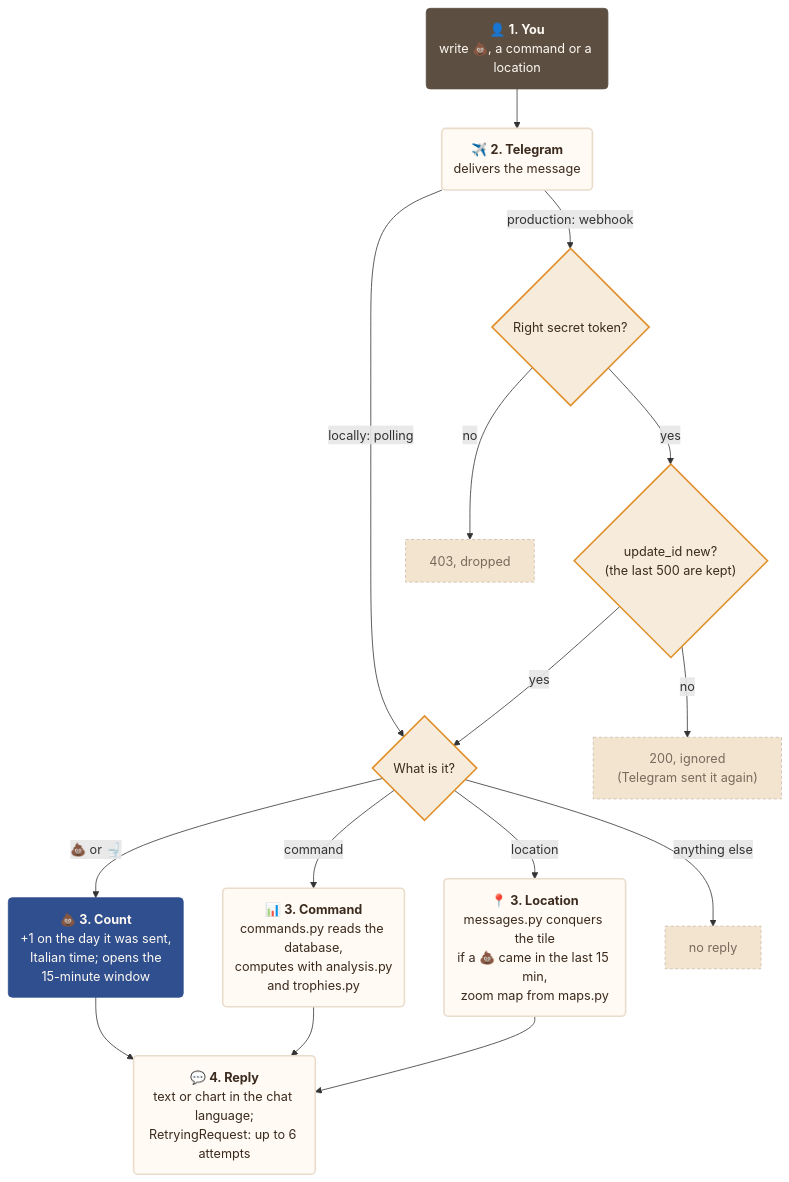
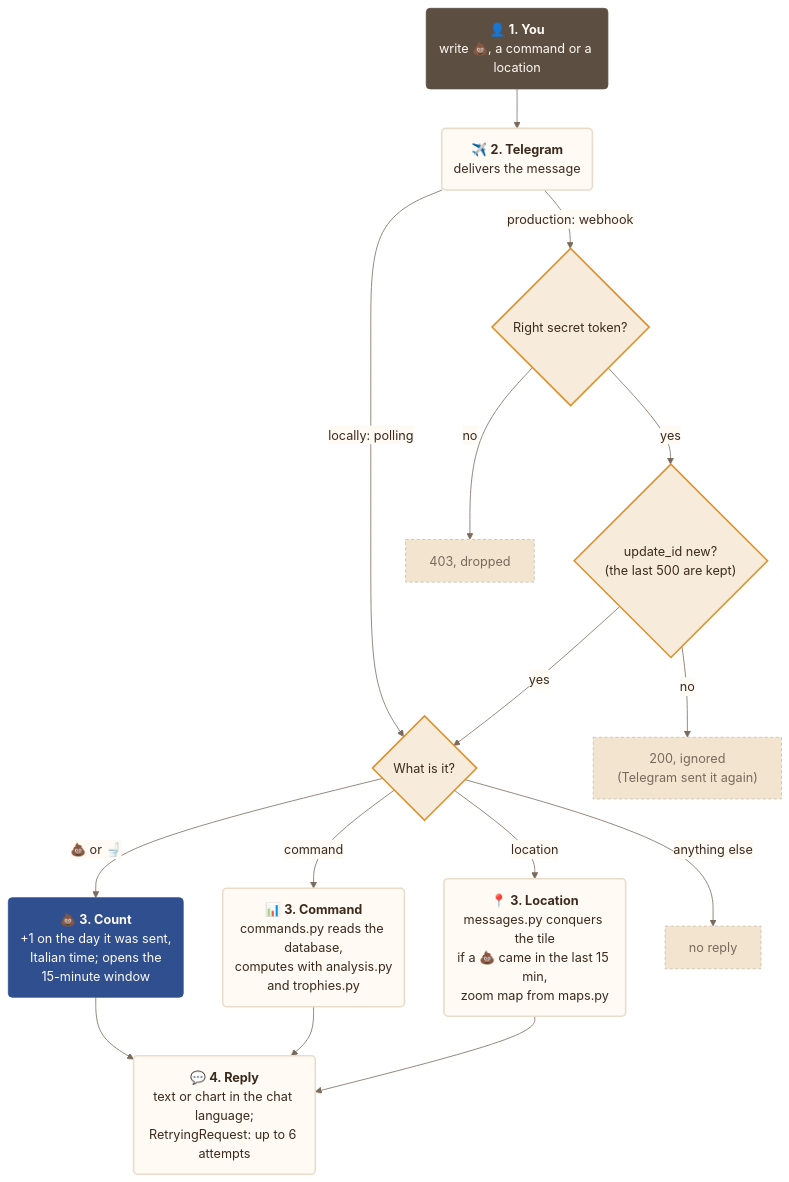
The second of 6 diagrams in docs/architecture.md (francescoperrino/Caccometro), drawn with Mermaid before and after one commit. The commit also changed other lines of this file and 14 other files, not shown here.

Commit message:
Give every Mermaid diagram one style from tools/mermaid_style.py, with a title and a description (#204)

````diff
--- a/docs/architecture.md
+++ b/docs/architecture.md
@@ -140,41 +171,72 @@
 ```mermaid
+---
+config:
+  theme: base
+  themeVariables:
+    fontFamily: "Nunito, Segoe UI, Roboto, sans-serif"
+    primaryColor: "#fffaf3"
+    primaryTextColor: "#3b2a1e"
+    primaryBorderColor: "#eadccb"
+    secondaryColor: "#f7ecdc"
+    tertiaryColor: "#f3e4d0"
+    lineColor: "#7a6a5c"
+    textColor: "#3b2a1e"
+    edgeLabelBackground: "#fffaf3"
+    clusterBkg: "#f3e4d0"
+    clusterBorder: "#cbbca9"
+    titleColor: "#5c4f42"
+    noteBkgColor: "#f7ecdc"
+    noteTextColor: "#3b2a1e"
+    actorBkg: "#fffaf3"
+    actorBorder: "#5c4f42"
+    actorTextColor: "#3b2a1e"
+    signalColor: "#7a6a5c"
+    signalTextColor: "#3b2a1e"
+    labelBoxBkgColor: "#f3e4d0"
+    loopTextColor: "#3b2a1e"
+    sequenceNumberColor: "#fffaf3"
+    xyChart:
+      plotColorPalette: "#2f4f8f"
+---
 flowchart TD
+    accTitle: Path of a message
+    accDescr: From Telegram to the reply, secret token, duplicate check, then a count, a command or a location
     you("👤 <b>1. You</b><br/>write 💩, a command or a location")
     tg("✈️ <b>2. Telegram</b><br/>delivers the message")
     secret{"Right secret token?"}
     seen{"update_id new?<br/>(the last 500 are kept)"}
     kind{"What is it?"}
     poop("💩 <b>3. Count</b><br/>+1 on the day it was sent,<br/>Italian time; opens the<br/>15-minute window")
     cmd("📊 <b>3. Command</b><br/>commands.py reads the database,<br/>computes with analysis.py<br/>and trophies.py")
     loc("📍 <b>3. Location</b><br/>messages.py conquers the tile<br/>if a 💩 came in the last 15 min,<br/>zoom map from maps.py")
     reply("💬 <b>4. Reply</b><br/>text or chart in the chat language;<br/>RetryingRequest: up to 6 attempts")
     r403["403, dropped"]
     r200["200, ignored<br/>(Telegram sent it again)"]
     silent["no reply"]
     you --> tg
     tg -->|"production: webhook"| secret
     tg -->|"locally: polling"| kind
     secret -->|"no"| r403
     secret -->|"yes"| seen
     seen -->|"no"| r200
     seen -->|"yes"| kind
     kind -->|"💩 or 🚽"| poop
     kind -->|"command"| cmd
     kind -->|"location"| loc
     kind -->|"anything else"| silent
     poop --> reply
     cmd --> reply
     loc --> reply
     classDef step fill:#fffaf3,stroke:#eadccb,stroke-width:2px,color:#3b2a1e
     classDef main fill:#2f4f8f,stroke:#2f4f8f,color:#fffaf3
     classDef person fill:#5c4f42,stroke:#5c4f42,color:#fffaf3
     classDef check fill:#f7ecdc,stroke:#e0902b,stroke-width:2px,color:#3b2a1e
     classDef detail fill:#f7ecdc,stroke:#eadccb,color:#3b2a1e
-    classDef alert fill:#e0902b,stroke:#e0902b,color:#fffaf3
+    classDef alert fill:#e0902b,stroke:#e0902b,color:#3b2a1e
     classDef stop fill:#f3e4d0,stroke:#cbbca9,stroke-dasharray:4 3,color:#7a6a5c
     class you person
     class tg,cmd,loc,reply step
     class poop main
     class secret,seen,kind check
     class r403,r200,silent stop
 ```
````
